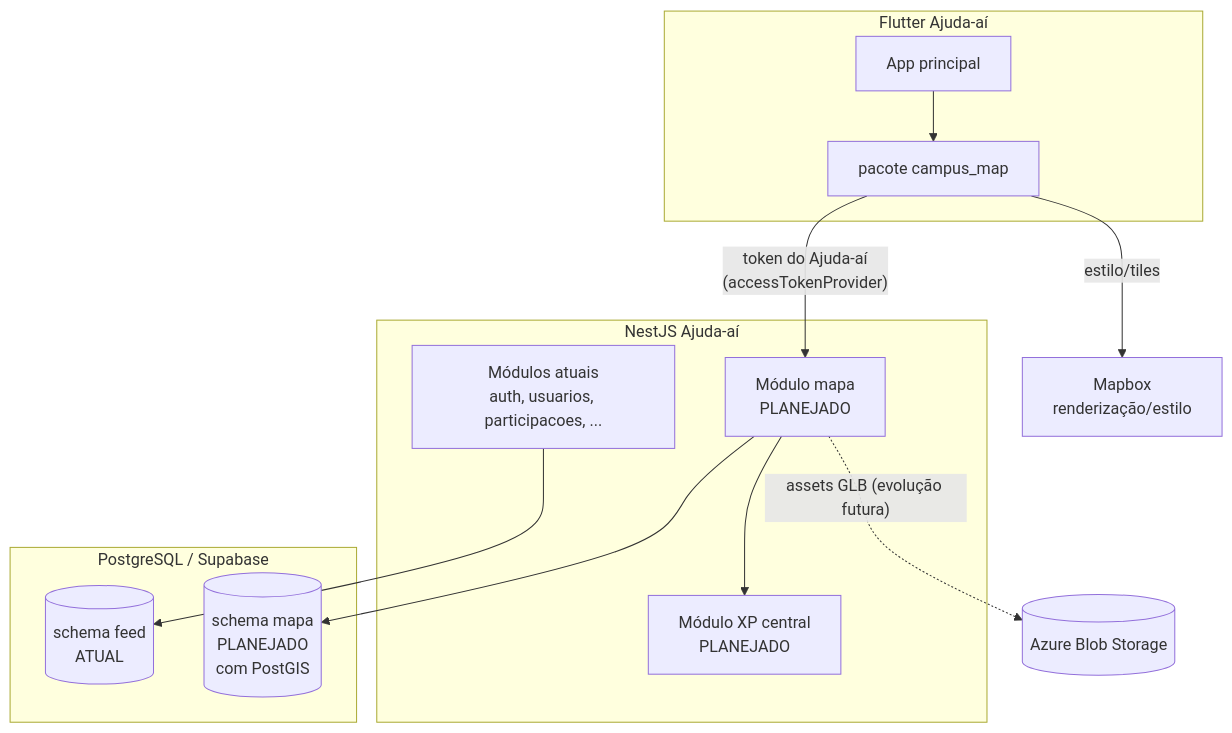
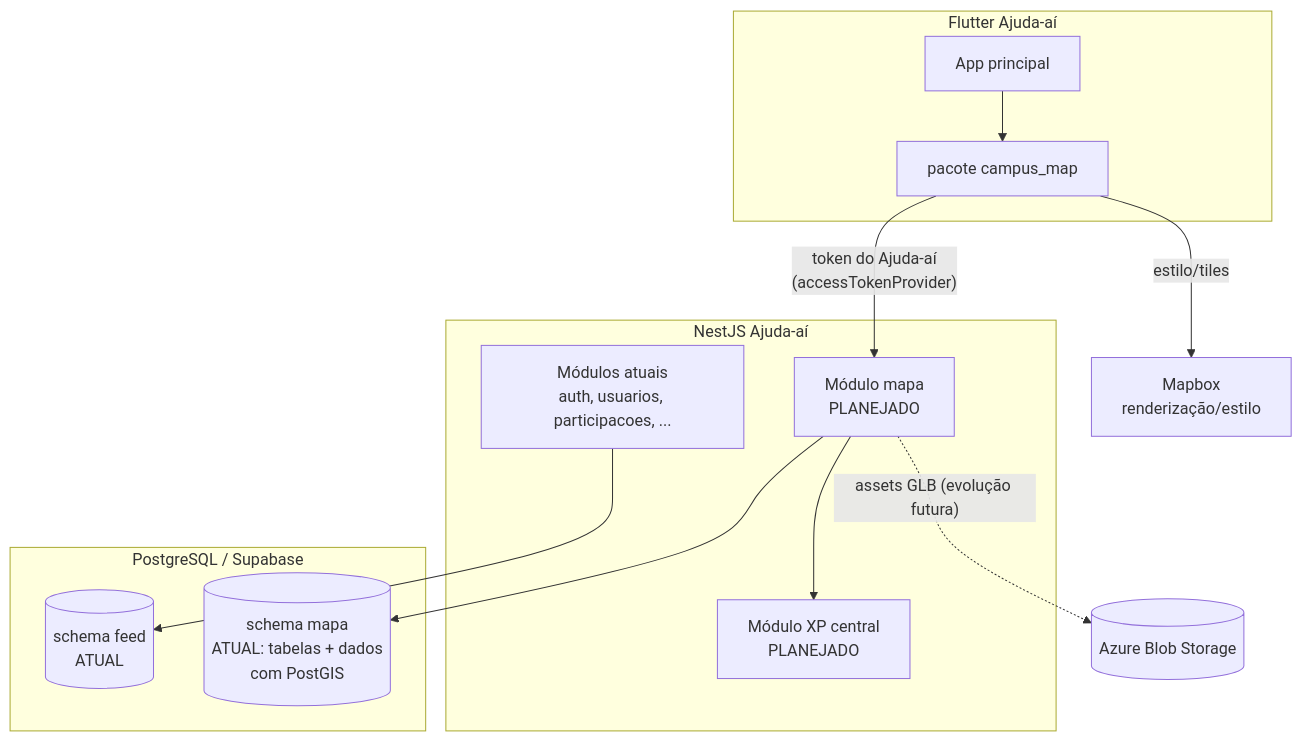
The diagram in docs/tecnico/arquitetura.md (ICEI-PUC-Minas-PMGES-TI/pmg-es-2026-2-ti5-6904100-ajuda-ai), drawn with Mermaid before and after one commit. The commit also changed other lines of this file and 33 other files, not shown here.

First line of the commit message:
feat(map): integra base geoespacial com PostGIS

````diff
--- a/docs/tecnico/arquitetura.md
+++ b/docs/tecnico/arquitetura.md
@@ -44,29 +51,29 @@
 ```mermaid
 flowchart TB
     subgraph Mobile[Flutter Ajuda-aí]
         App[App principal]
         Pkg[pacote campus_map]
         App --> Pkg
     end
 
     subgraph Backend[NestJS Ajuda-aí]
         Core[Módulos atuais\nauth, usuarios, participacoes, ...]
         MapaMod[Módulo mapa\nPLANEJADO]
         XPMod[Módulo XP central\nPLANEJADO]
     end
 
     subgraph DB[PostgreSQL / Supabase]
         FeedSchema[(schema feed\nATUAL)]
-        MapaSchema[(schema mapa\nPLANEJADO\ncom PostGIS)]
+        MapaSchema[(schema mapa\nATUAL: tabelas + dados\ncom PostGIS)]
     end
 
     Azure[(Azure Blob Storage)]
     MapboxSvc[Mapbox\nrenderização/estilo]
 
     Pkg -- "token do Ajuda-aí\n(accessTokenProvider)" --> MapaMod
     Pkg -- "estilo/tiles" --> MapboxSvc
     Core --> FeedSchema
     MapaMod --> MapaSchema
     MapaMod --> XPMod
     MapaMod -. "assets GLB (evolução futura)" .-> Azure
 ```
````
